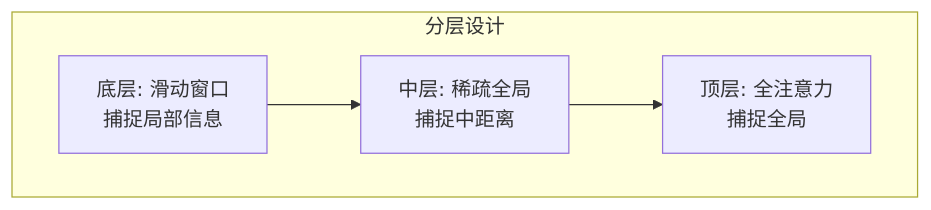
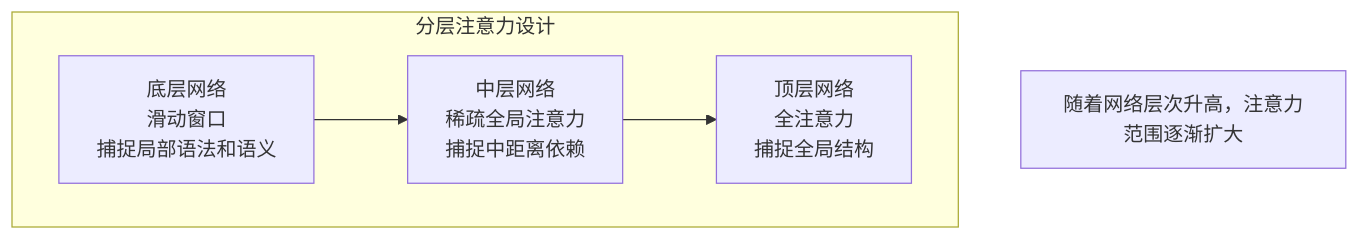
One commit to Xunzhuo/mini-sglang changed the second of 2 diagrams in learning/website/docs/basics/22-long-context.md. Above: the diagram before and after it, drawn with Mermaid. The commit also changed other lines of this file and 23 other files, not shown here.

````diff
--- a/learning/website/docs/basics/22-long-context.md
+++ b/learning/website/docs/basics/22-long-context.md
@@ -234,10 +260,12 @@
 ```mermaid
 graph TB
-    subgraph 分层设计
-        L1[底层: 滑动窗口<br>捕捉局部信息]
-        L2[中层: 稀疏全局<br>捕捉中距离]
-        L3[顶层: 全注意力<br>捕捉全局]
+    subgraph 分层注意力设计
+        L1[底层网络<br>滑动窗口<br>捕捉局部语法和语义]
+        L2[中层网络<br>稀疏全局注意力<br>捕捉中距离依赖]
+        L3[顶层网络<br>全注意力<br>捕捉全局结构]
     end
     
     L1 --> L2 --> L3
+    
+    note[随着网络层次升高，注意力范围逐渐扩大]
 ```
````
